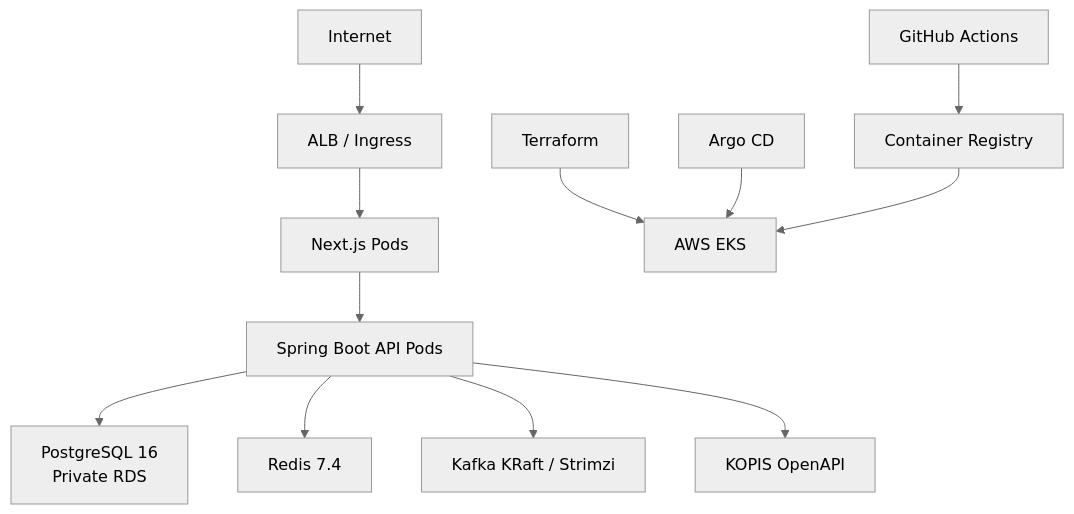
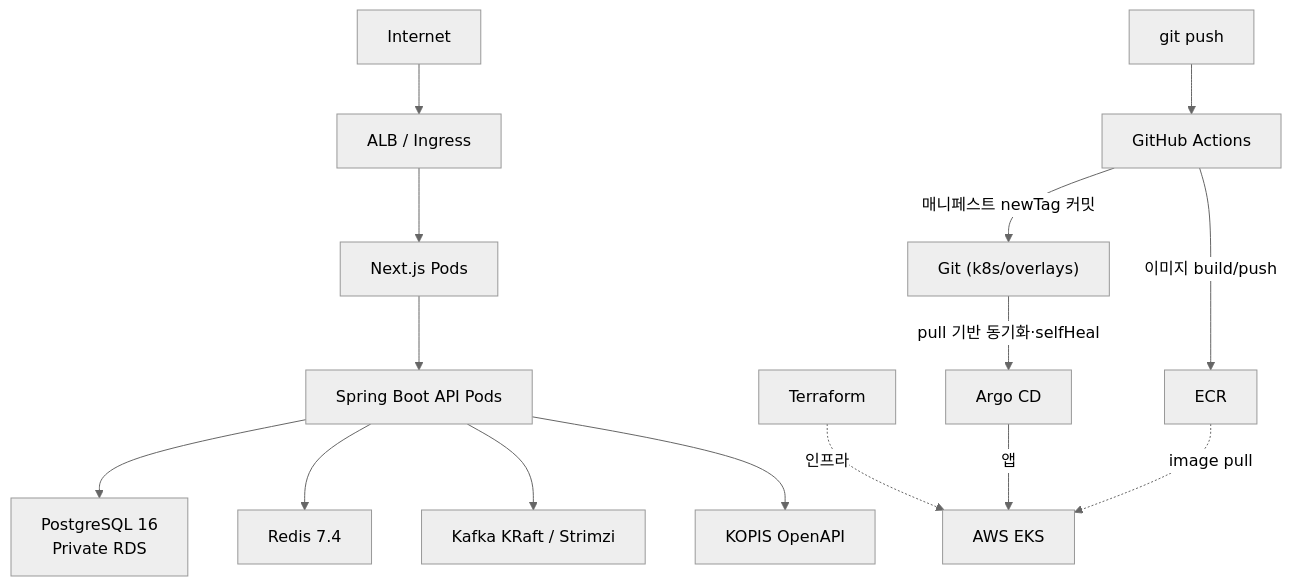
The second of 3 diagrams in README.md (gumwoo/first_come-first_served), drawn with Mermaid (neutral theme) before and after one commit. The commit also changed other lines of this file and 2 other files, not shown here.

Commit message:
docs: 저장소 설명 세 곳을 실제와 맞춘다 — 배포 흐름·사전 조건·예시 수치
문서 감사에서 남은 셋을 묶었다. 전부 "문서가 실제를 잘못 말한다"는 같은 성격이다.

⑧ README 인프라 그림
CI --> Registry --> EKS로 그려져 있어 push 배포처럼 보였다. 실제는 pull이다 —
CI는 이미지를 ECR에 올리고 매니페스트의 newTag를 Git에 커밋하는 데서 멈추며
(image.yml), 클러스터에 적용하는 것은 Argo CD다. Argo 노드가 그림에 있는데도
화살표가 어디에도 이어지지 않아 GitOps가 드러나지 않았다.

이 프로젝트에서 가장 설명할 거리가 많은 부분이 그림에서 빠져 있던 셈이다.
2026-08-25 롤링 측정에서 selfHeal이 kubectl set image를 즉시 되돌리는 것을
관찰했고(TS-035 §5), 그게 ADR-009를 Accepted로 올린 근거이기도 하다.

⑥ infra/terraform/platform/README.md 사전 조건
"state-bootstrap ... backend 주석 해제"와 "bootstrap apply — 아직 미작성"이
둘 다 미체크였다. 실제로는 버킷(flowticket-tfstate-891612580915)도 있고
versions.tf의 backend "s3"도 활성이며, bootstrap은 작성은 물론 apply까지 됐다
(state 15개, 가장 최근은 2026-08-25 ECR 라이프사이클 갱신).

② METRICS.md 예시 행
850ms→210ms, 120→1,400 TPS 같은 값이 실측 행들 사이에 (예) 표시로 섞여 있었다.
표시가 있으니 날조는 아니지만, 프로젝트 규칙이 "예측치는 표에 넣지 않는다 —
표에 넣는 순간 실측으로 읽힌다"이다. 게다가 이 파일 머리는 "면접에서 정량 성과를
물으면 이 표를 제시"라고 안내한다. 표에서 빼고 HTML 주석의 서식 예시로 옮겼다.
IMP-002를 링크하던 (예) 행은 그 IMP와 무관한 수치라 함께 뺐다.

````diff
--- a/README.md
+++ b/README.md
@@ -65,16 +65,20 @@
 ```mermaid
 flowchart TB
     Internet["Internet"] --> ALB["ALB / Ingress"]
     ALB --> Web["Next.js Pods"]
     Web --> API["Spring Boot API Pods"]
 
     API --> RDS["PostgreSQL 16\nPrivate RDS"]
     API --> Redis["Redis 7.4"]
     API --> Kafka["Kafka KRaft / Strimzi"]
     API --> KOPIS["KOPIS OpenAPI"]
 
-    Terraform["Terraform"] --> EKS["AWS EKS"]
-    Argo["Argo CD"] --> EKS
-    CI["GitHub Actions"] --> Registry["Container Registry"]
-    Registry --> EKS
+    Terraform["Terraform"] -. 인프라 .-> EKS["AWS EKS"]
+
+    Dev["git push"] --> CI["GitHub Actions"]
+    CI -->|이미지 build/push| ECR["ECR"]
+    CI -->|매니페스트 newTag 커밋| Git["Git (k8s/overlays)"]
+    Git -->|pull 기반 동기화·selfHeal| Argo["Argo CD"]
+    Argo -->|앱| EKS
+    ECR -. image pull .-> EKS
 ```
````
